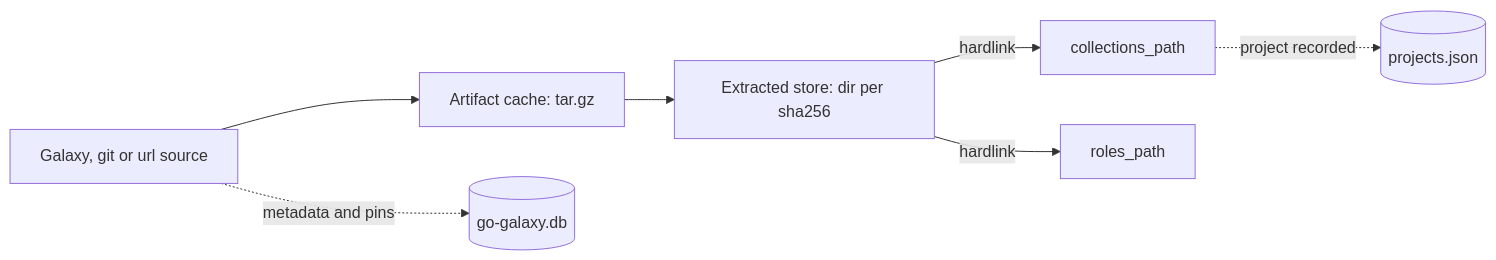
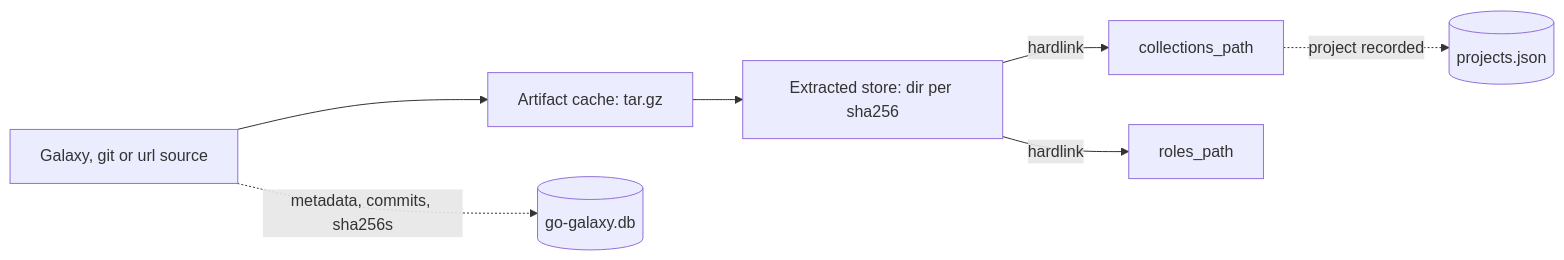
The first of 3 diagrams in docs/guides/caching.md (greeddj/go-galaxy), drawn with Mermaid before and after one commit. The commit also changed other lines of this file and 36 other files, not shown here.

````diff
--- a/docs/guides/caching.md
+++ b/docs/guides/caching.md
@@ -6,9 +6,9 @@
 ```mermaid
 flowchart LR
     src[Galaxy, git or url source] --> art[Artifact cache: tar.gz]
     art --> ext[Extracted store: dir per sha256]
     ext -->|hardlink| col[collections_path]
     ext -->|hardlink| rol[roles_path]
-    src -.->|metadata and pins| db[(go-galaxy.db)]
+    src -.->|metadata, commits, sha256s| db[(go-galaxy.db)]
     col -.->|project recorded| reg[(projects.json)]
 ```
````
